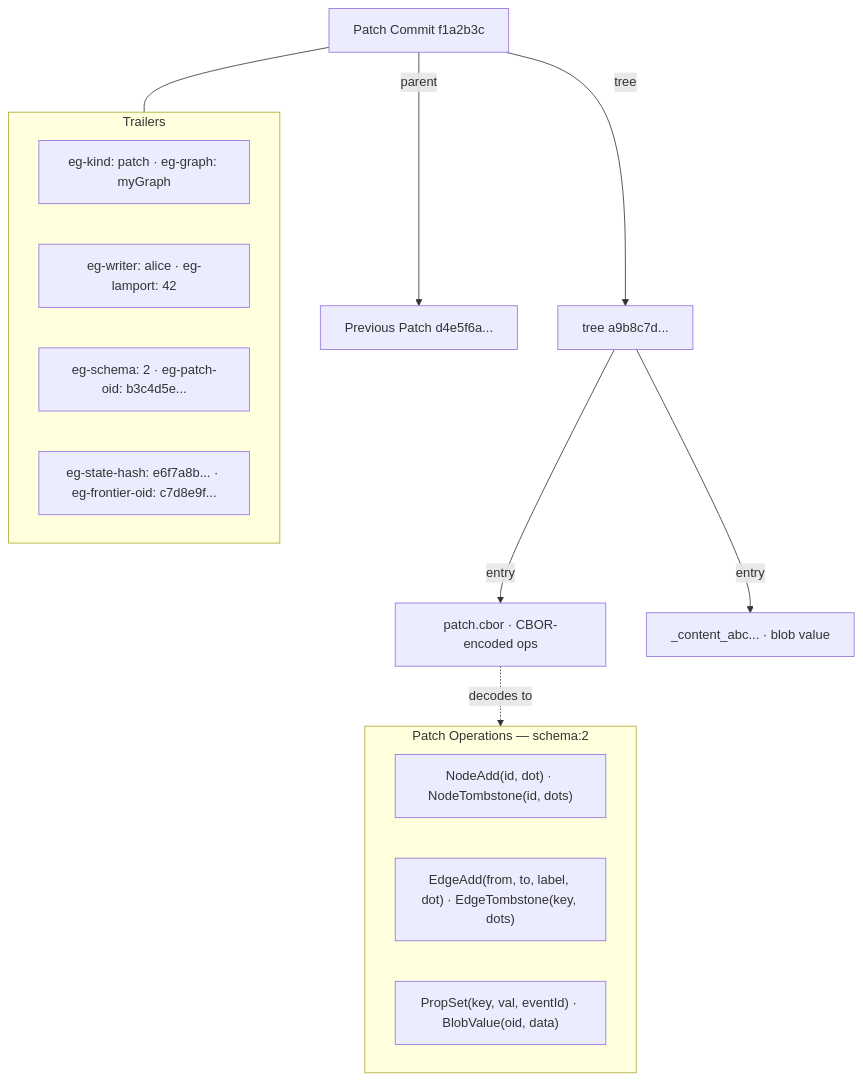
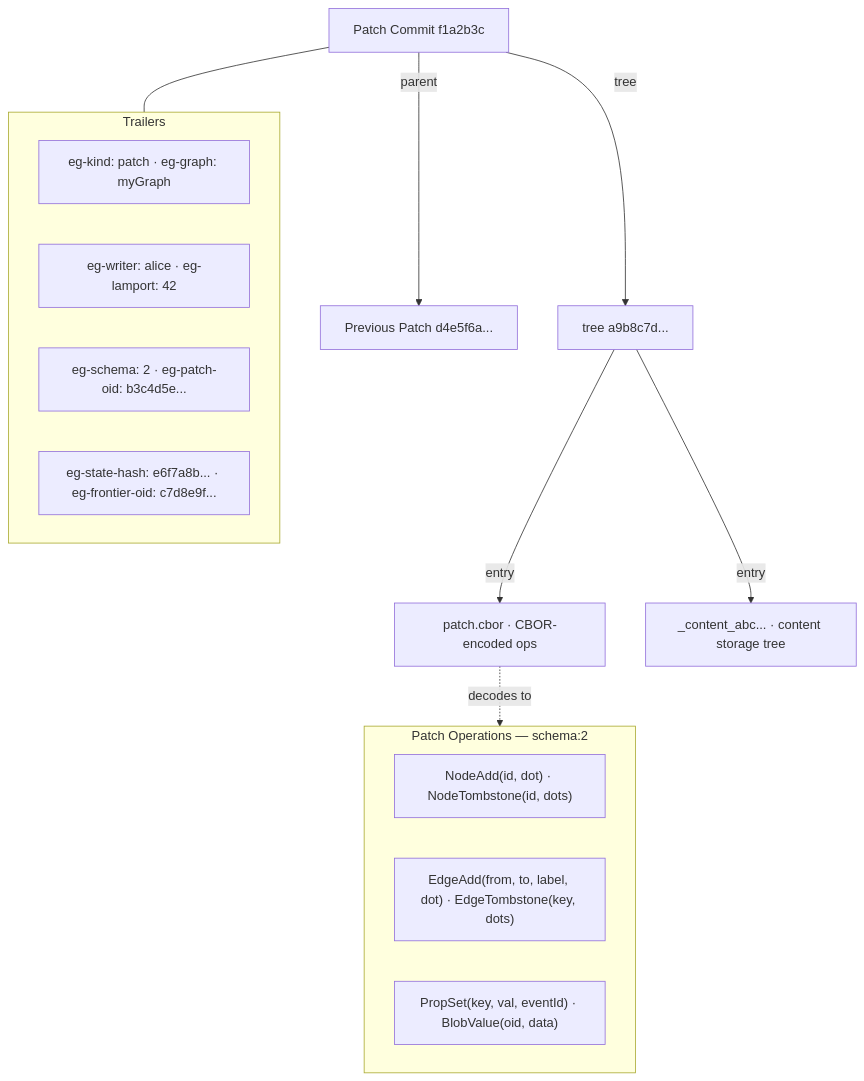
One commit to git-stunts/git-warp changed the sixth of 7 diagrams in docs/API_REFERENCE.md. Above: the diagram before and after it, drawn with Mermaid. The commit also changed other lines of this file and 88 other files, not shown here.

````diff
--- a/docs/API_REFERENCE.md
+++ b/docs/API_REFERENCE.md
@@ -1987,23 +1987,23 @@
 ```mermaid
 flowchart TB
     commit["Patch Commit f1a2b3c"] -->|parent| parent["Previous Patch d4e5f6a..."]
     commit -->|tree| tree["tree a9b8c7d..."]
     tree -->|entry| pcbor["patch.cbor · CBOR-encoded ops"]
-    tree -->|entry| blob["_content_abc... · blob value"]
+    tree -->|entry| blob["_content_abc... · content storage tree"]
     pcbor -.->|"decodes to"| ops
 
     subgraph ops["Patch Operations — schema:2"]
         na["NodeAdd(id, dot) · NodeTombstone(id, dots)"]
         ea["EdgeAdd(from, to, label, dot) · EdgeTombstone(key, dots)"]
         ps["PropSet(key, val, eventId) · BlobValue(oid, data)"]
     end
 
     commit --- trailers
 
     subgraph trailers["Trailers"]
         t1["eg-kind: patch · eg-graph: myGraph"]
         t2["eg-writer: alice · eg-lamport: 42"]
         t3["eg-schema: 2 · eg-patch-oid: b3c4d5e..."]
         t4["eg-state-hash: e6f7a8b... · eg-frontier-oid: c7d8e9f..."]
     end
 ```
````
